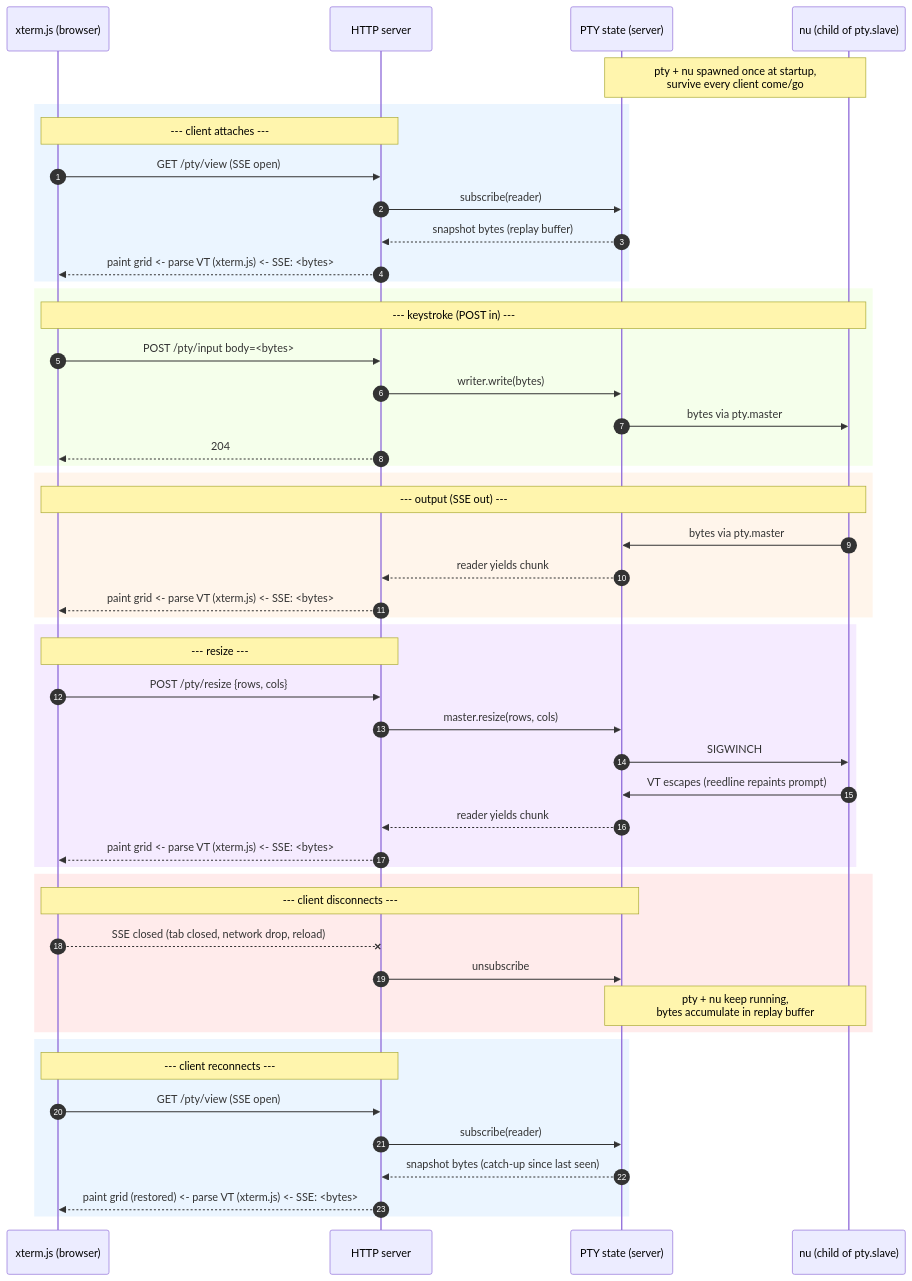
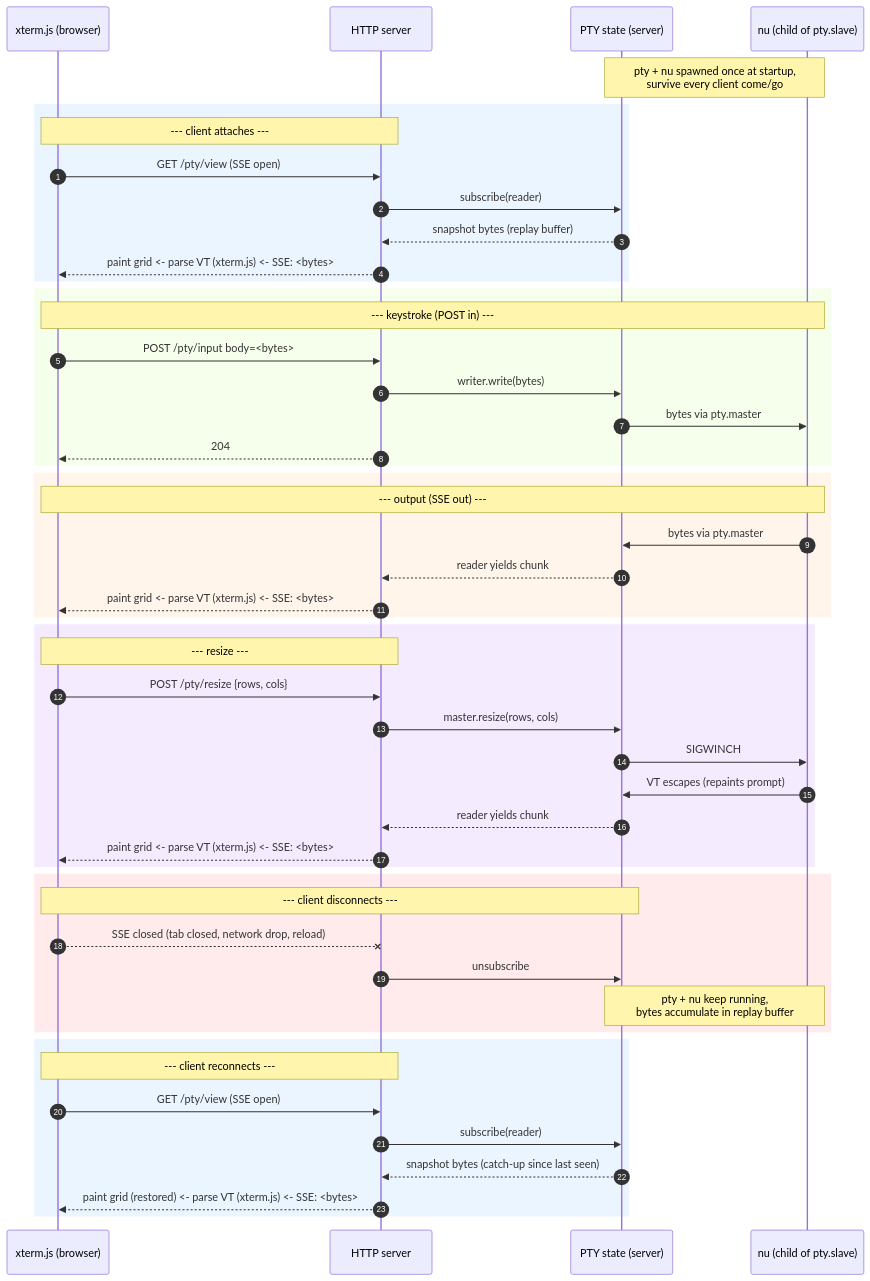
The first of 3 diagrams in journey.md (cablehead/stacks2099), drawn with Mermaid before and after one commit. The commit also changed other lines of this file, not shown here.

Commit message:
docs(journey): use nu consistently in diagrams, drop reedline

````diff
--- a/journey.md
+++ b/journey.md
@@ -33,58 +33,58 @@
 ```mermaid
 sequenceDiagram
     autonumber
     participant Term as xterm.js (browser)
     participant HTTP as HTTP server
     participant State as PTY state (server)
     participant Nu as nu (child of pty.slave)
 
     Note over State,Nu: pty + nu spawned once at startup,<br/>survive every client come/go
 
     rect rgb(235, 245, 255)
         Note over Term,HTTP: --- client attaches ---
         Term->>HTTP: GET /pty/view  (SSE open)
         HTTP->>State: subscribe(reader)
         State-->>HTTP: snapshot bytes (replay buffer)
         HTTP-->>Term: paint grid <- parse VT (xterm.js) <- SSE: <bytes>
     end
 
     rect rgb(245, 255, 235)
         Note over Term,Nu: --- keystroke (POST in) ---
         Term->>HTTP: POST /pty/input  body=<bytes>
         HTTP->>State: writer.write(bytes)
         State->>Nu: bytes via pty.master
         HTTP-->>Term: 204
     end
 
     rect rgb(255, 245, 235)
         Note over Nu,Term: --- output (SSE out) ---
         Nu->>State: bytes via pty.master
         State-->>HTTP: reader yields chunk
         HTTP-->>Term: paint grid <- parse VT (xterm.js) <- SSE: <bytes>
     end
 
     rect rgb(245, 235, 255)
         Note over Term,HTTP: --- resize ---
         Term->>HTTP: POST /pty/resize {rows, cols}
         HTTP->>State: master.resize(rows, cols)
         State->>Nu: SIGWINCH
-        Nu->>State: VT escapes (reedline repaints prompt)
+        Nu->>State: VT escapes (repaints prompt)
         State-->>HTTP: reader yields chunk
         HTTP-->>Term: paint grid <- parse VT (xterm.js) <- SSE: <bytes>
     end
 
     rect rgb(255, 235, 235)
         Note over Term,State: --- client disconnects ---
         Term--xHTTP: SSE closed (tab closed, network drop, reload)
         HTTP->>State: unsubscribe
         Note over State,Nu: pty + nu keep running,<br/>bytes accumulate in replay buffer
     end
 
     rect rgb(235, 245, 255)
         Note over Term,HTTP: --- client reconnects ---
         Term->>HTTP: GET /pty/view  (SSE open)
         HTTP->>State: subscribe(reader)
         State-->>HTTP: snapshot bytes (catch-up since last seen)
         HTTP-->>Term: paint grid (restored) <- parse VT (xterm.js) <- SSE: <bytes>
     end
 ```
````
